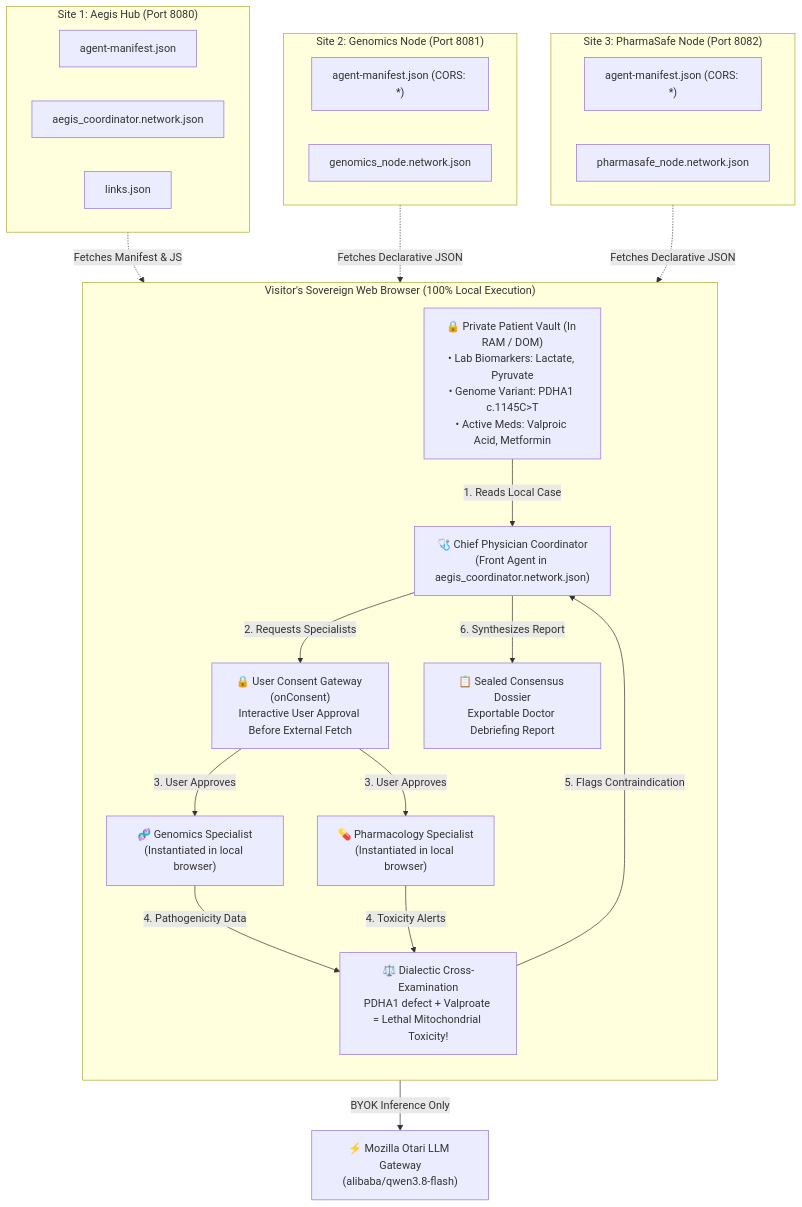
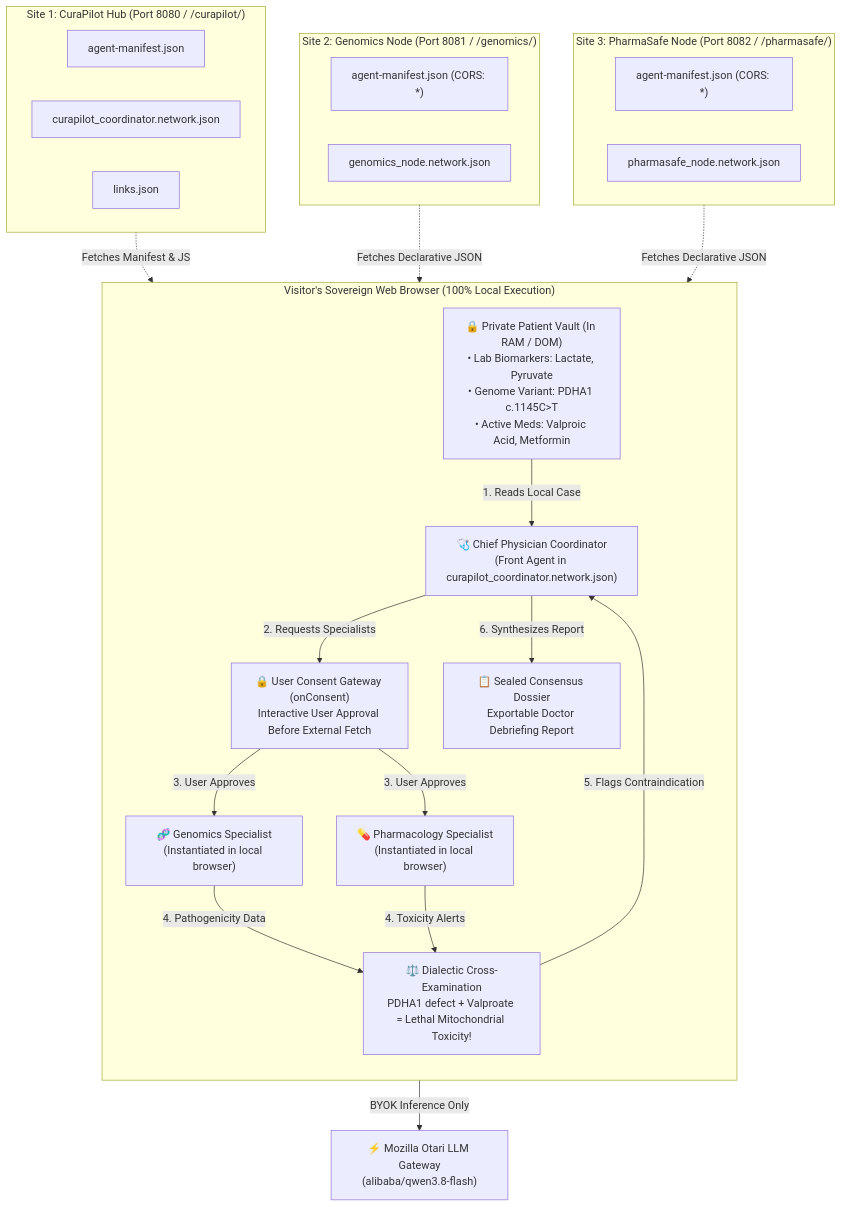
The diagram in README.md (Elroi-thecreator/curapilot-medical-consensus), drawn with Mermaid before and after one commit. The commit also changed other lines of this file and 61 other files, not shown here.

Commit message:
Rename application to CuraPilot across codebase, manifests, routes, and knowledge base

````diff
--- a/README.md
+++ b/README.md
@@ -38,48 +39,48 @@
 ```mermaid
 flowchart TD
     subgraph ClientBrowser["Visitor's Sovereign Web Browser (100% Local Execution)"]
         direction TB
         VAULT["🔒 Private Patient Vault (In RAM / DOM)\n• Lab Biomarkers: Lactate, Pyruvate\n• Genome Variant: PDHA1 c.1145C>T\n• Active Meds: Valproic Acid, Metformin"]
         
-        CP["🩺 Chief Physician Coordinator\n(Front Agent in aegis_coordinator.network.json)"]
+        CP["🩺 Chief Physician Coordinator\n(Front Agent in curapilot_coordinator.network.json)"]
         
         CONSENT["🔒 User Consent Gateway (onConsent)\nInteractive User Approval Before External Fetch"]
         
         PEER1["🧬 Genomics Specialist\n(Instantiated in local browser)"]
         PEER2["💊 Pharmacology Specialist\n(Instantiated in local browser)"]
         
         DEBATE["⚖️ Dialectic Cross-Examination\nPDHA1 defect + Valproate = Lethal Mitochondrial Toxicity!"]
         DOSSIER["📋 Sealed Consensus Dossier\nExportable Doctor Debriefing Report"]
 
         VAULT -->|"1. Reads Local Case"| CP
         CP -->|"2. Requests Specialists"| CONSENT
         CONSENT -->|"3. User Approves"| PEER1
         CONSENT -->|"3. User Approves"| PEER2
         PEER1 -->|"4. Pathogenicity Data"| DEBATE
         PEER2 -->|"4. Toxicity Alerts"| DEBATE
         DEBATE -->|"5. Flags Contraindication"| CP
         CP -->|"6. Synthesizes Report"| DOSSIER
     end
 
-    subgraph HostA["Site 1: Aegis Hub (Port 8080)"]
+    subgraph HostA["Site 1: CuraPilot Hub (Port 8080 / /curapilot/)"]
         M1["agent-manifest.json"]
-        N1["aegis_coordinator.network.json"]
+        N1["curapilot_coordinator.network.json"]
         L1["links.json"]
     end
 
-    subgraph HostB["Site 2: Genomics Node (Port 8081)"]
+    subgraph HostB["Site 2: Genomics Node (Port 8081 / /genomics/)"]
         M2["agent-manifest.json (CORS: *)"]
         N2["genomics_node.network.json"]
     end
 
-    subgraph HostC["Site 3: PharmaSafe Node (Port 8082)"]
+    subgraph HostC["Site 3: PharmaSafe Node (Port 8082 / /pharmasafe/)"]
         M3["agent-manifest.json (CORS: *)"]
         N3["pharmasafe_node.network.json"]
     end
 
     HostA -.->|"Fetches Manifest & JS"| ClientBrowser
     HostB -.->|"Fetches Declarative JSON"| ClientBrowser
     HostC -.->|"Fetches Declarative JSON"| ClientBrowser
     
     ClientBrowser -->|"BYOK Inference Only"| OTARI["⚡ Mozilla Otari LLM Gateway\n(alibaba/qwen3.8-flash)"]
 ```
````
